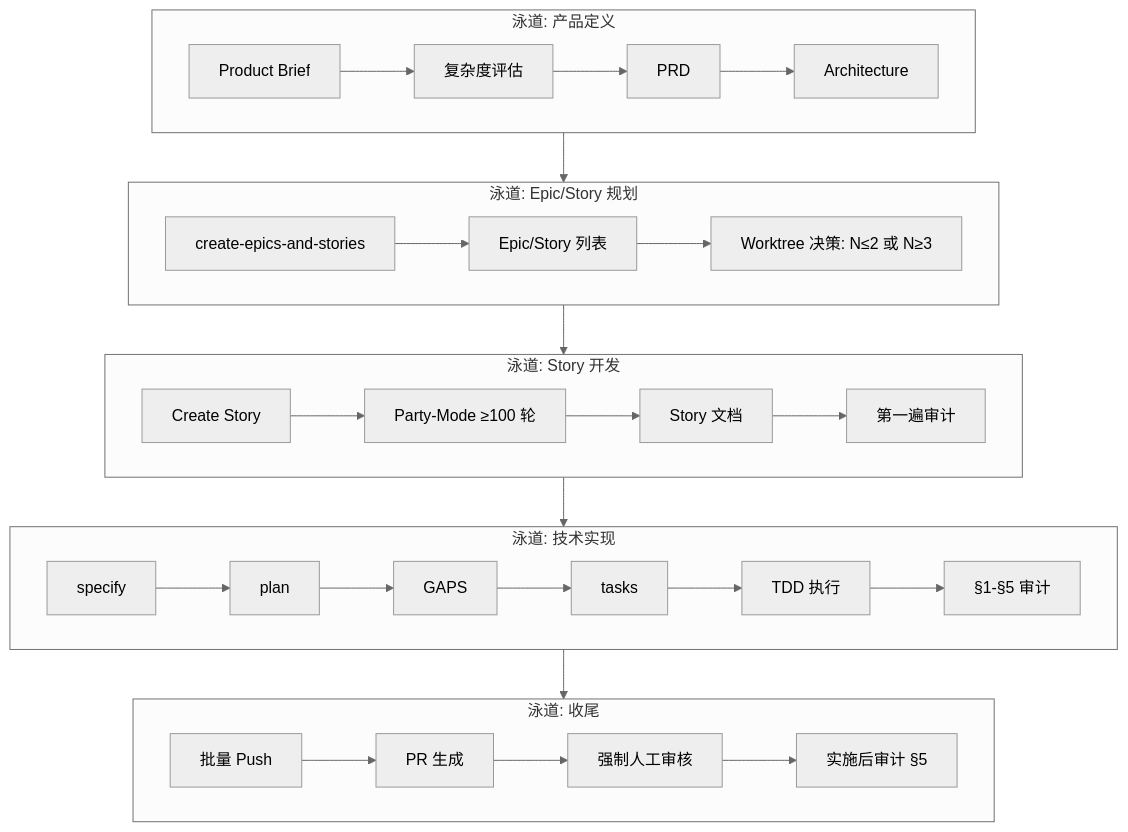
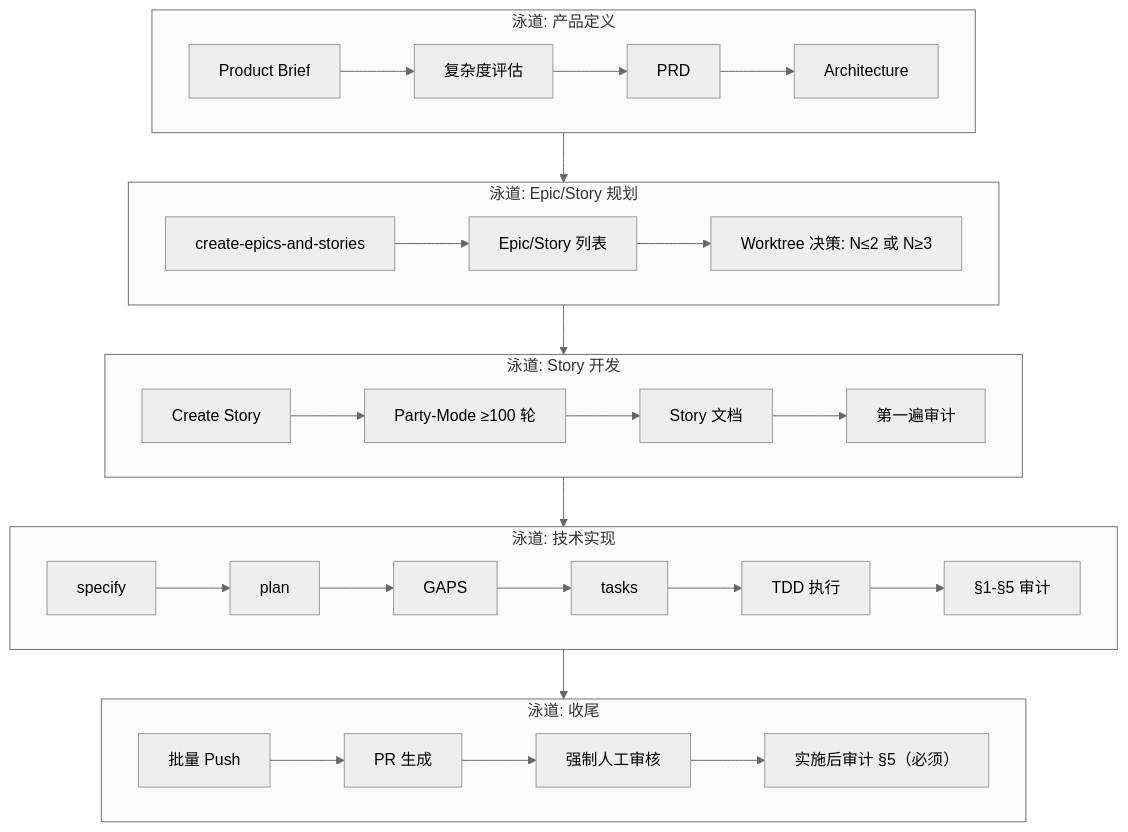
One commit to milome/BMAD-Speckit-SDD-Flow changed the fifth of 5 diagrams in README.md. Above: the diagram before and after it, drawn with Mermaid (neutral theme). The commit also changed other lines of this file and 61 other files, not shown here.

````diff
--- a/README.md
+++ b/README.md
@@ -176,40 +176,40 @@
 ```mermaid
 flowchart TB
   subgraph 产品定义["泳道: 产品定义"]
     A1[Product Brief]
     A2[复杂度评估]
     A3[PRD]
     A4[Architecture]
     A1 --> A2 --> A3 --> A4
   end
   subgraph 规划["泳道: Epic/Story 规划"]
     B1[create-epics-and-stories]
     B2[Epic/Story 列表]
     B3[Worktree 决策: N≤2 或 N≥3]
     B1 --> B2 --> B3
   end
   subgraph Story开发["泳道: Story 开发"]
     C1[Create Story]
     C2[Party-Mode ≥100 轮]
     C3[Story 文档]
     C4[第一遍审计]
     C1 --> C2 --> C3 --> C4
   end
   subgraph 技术实现["泳道: 技术实现"]
     D1[specify]
     D2[plan]
     D3[GAPS]
     D4[tasks]
     D5[TDD 执行]
     D6[§1-§5 审计]
     D1 --> D2 --> D3 --> D4 --> D5 --> D6
   end
   subgraph 收尾["泳道: 收尾"]
     E1[批量 Push]
     E2[PR 生成]
     E3[强制人工审核]
-    E4[实施后审计 §5]
+    E4[实施后审计 §5（必须）]
     E1 --> E2 --> E3 --> E4
   end
   产品定义 --> 规划 --> Story开发 --> 技术实现 --> 收尾
 ```
````
